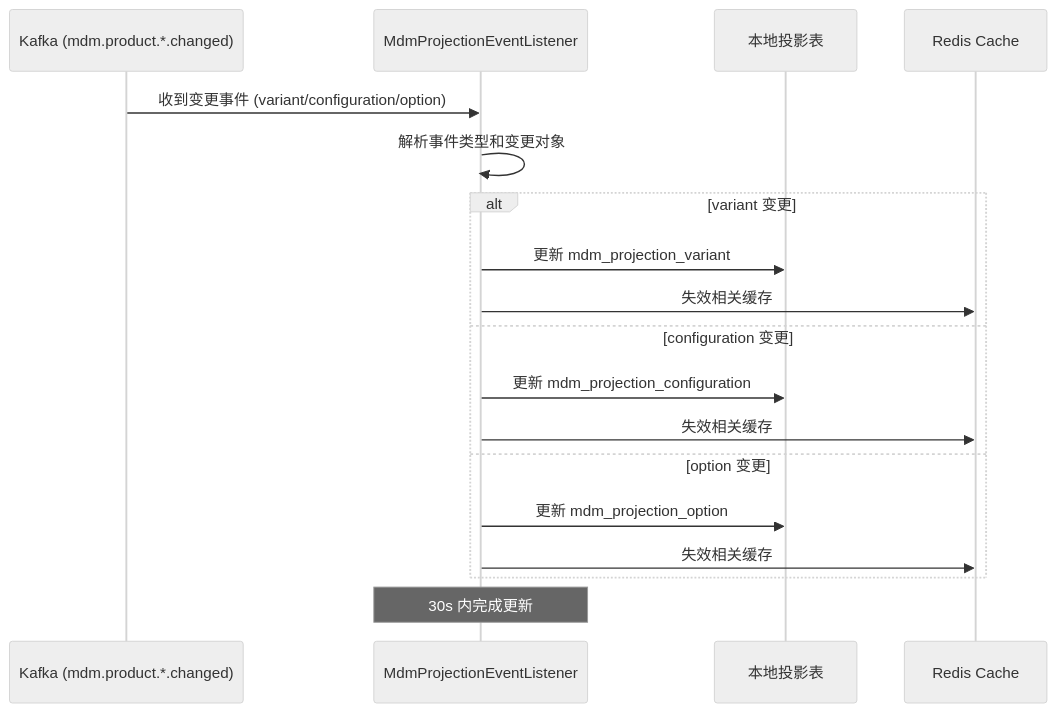
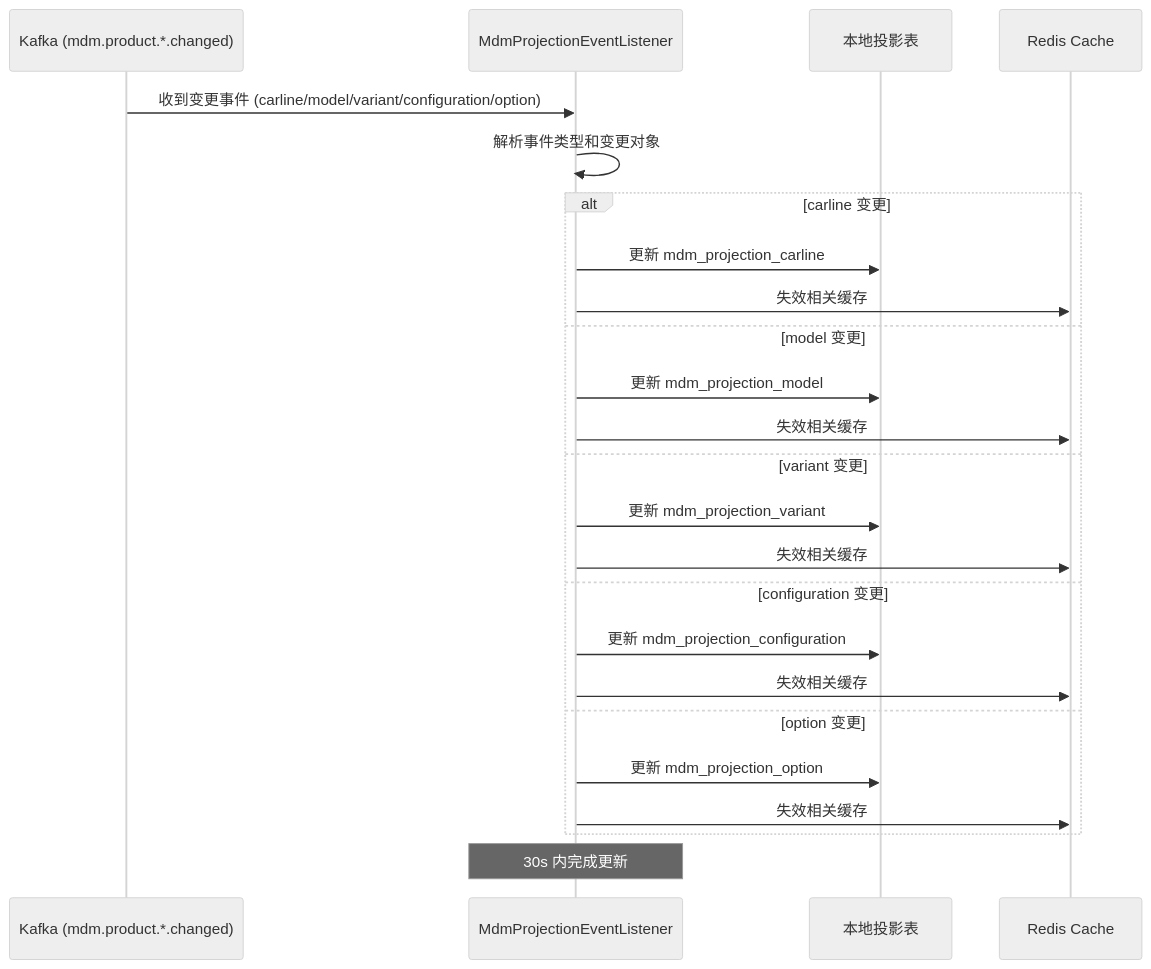
Diagram 26 of 27 in specs/vehicle-sale-order/design.md (hwyzleo/iov-cloud-otd-vso), drawn with Mermaid (neutral theme) before and after one commit. The commit also changed other lines of this file and 58 other files, not shown here.

````diff
--- a/specs/vehicle-sale-order/design.md
+++ b/specs/vehicle-sale-order/design.md
@@ -1572,23 +1617,29 @@
 ```mermaid
 sequenceDiagram
     participant KFK as Kafka (mdm.product.*.changed)
     participant LIS as MdmProjectionEventListener
     participant DB as 本地投影表
     participant Redis as Redis Cache
 
-    KFK->>LIS: 收到变更事件 (variant/configuration/option)
+    KFK->>LIS: 收到变更事件 (carline/model/variant/configuration/option)
     LIS->>LIS: 解析事件类型和变更对象
 
-    alt variant 变更
+    alt carline 变更
+        LIS->>DB: 更新 mdm_projection_carline
+        LIS->>Redis: 失效相关缓存
+    else model 变更
+        LIS->>DB: 更新 mdm_projection_model
+        LIS->>Redis: 失效相关缓存
+    else variant 变更
         LIS->>DB: 更新 mdm_projection_variant
         LIS->>Redis: 失效相关缓存
     else configuration 变更
         LIS->>DB: 更新 mdm_projection_configuration
         LIS->>Redis: 失效相关缓存
     else option 变更
         LIS->>DB: 更新 mdm_projection_option
         LIS->>Redis: 失效相关缓存
     end
 
     Note over LIS: 30s 内完成更新
 ```
````
